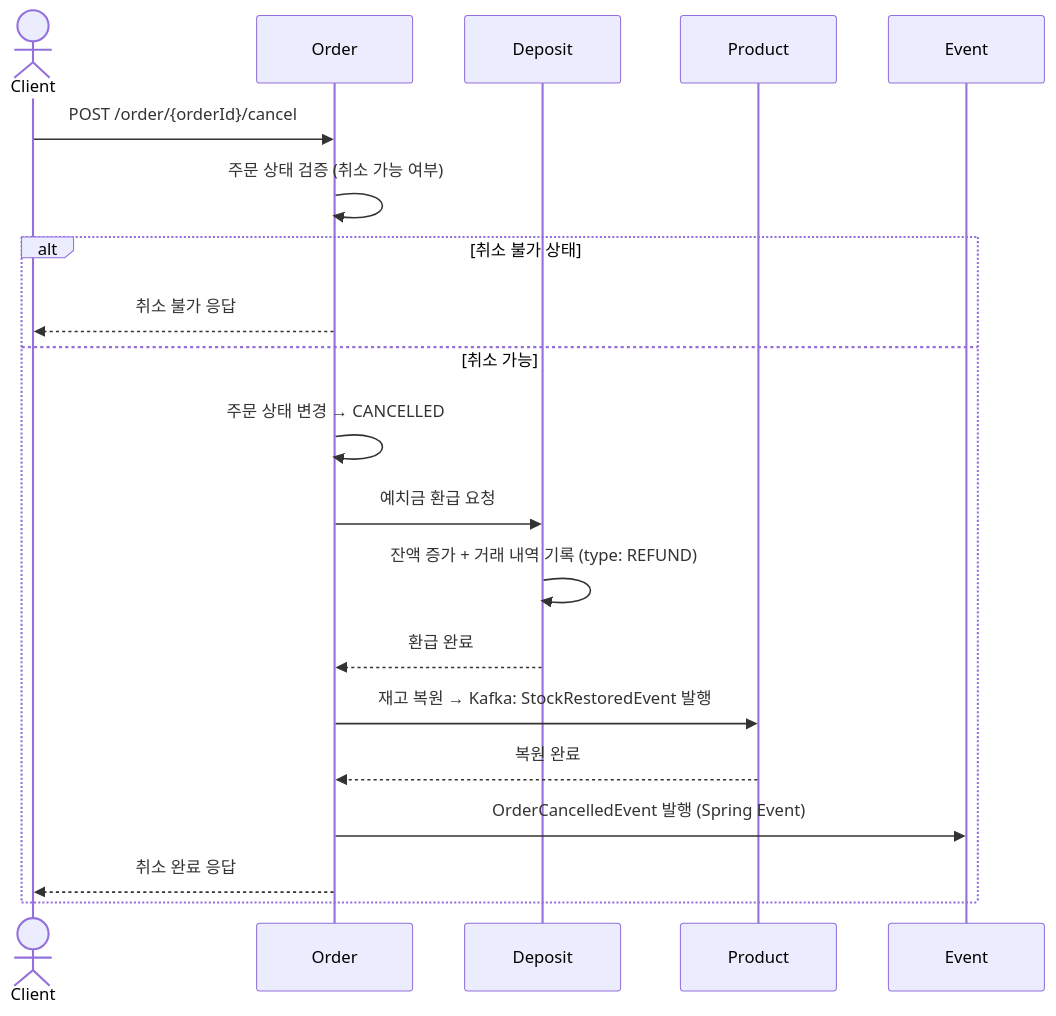
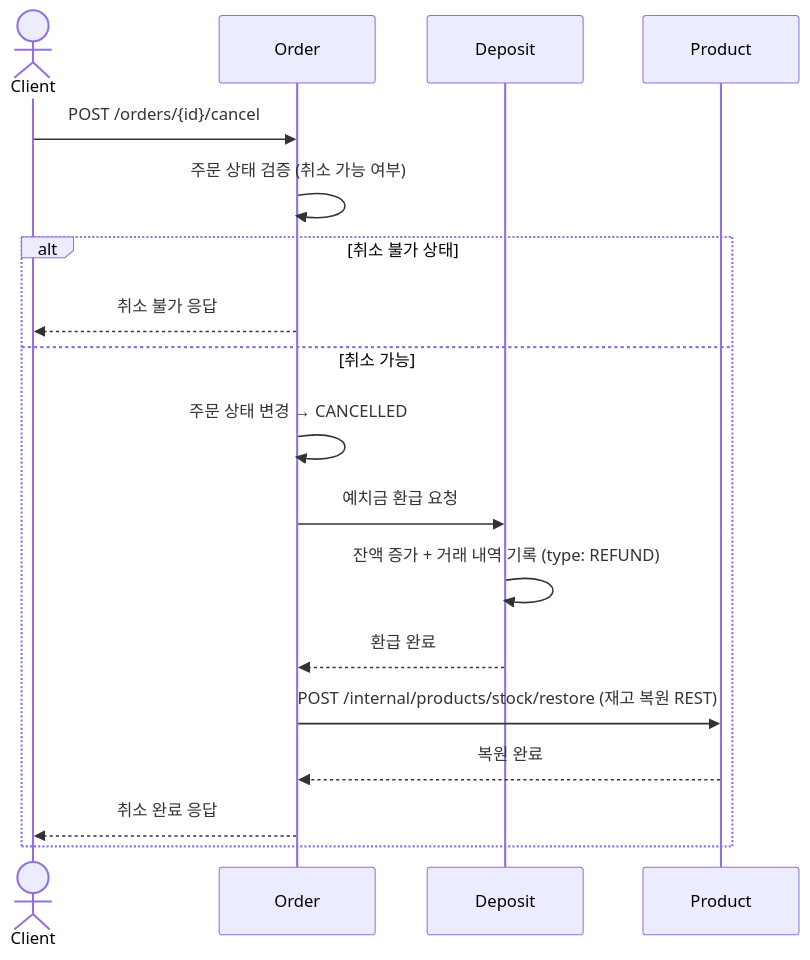
The third of 3 diagrams in docs/OrderPaymentFlow.md (prgrms-be-adv-devcourse/beadv5_5_404_Not_Found_BE), drawn with Mermaid before and after one commit. The commit also changed other lines of this file and 6 other files, not shown here.

First line of the commit message:
docs: 주문-결제 플로우 분리 설계 반영 (#32, #33, #34, #35)

````diff
--- a/docs/OrderPaymentFlow.md
+++ b/docs/OrderPaymentFlow.md
@@ -199,24 +215,22 @@
 ```mermaid
 sequenceDiagram
     actor Client
     participant Order
     participant Deposit
     participant Product
-    participant Event
 
-    Client->>Order: POST /order/{orderId}/cancel
+    Client->>Order: POST /orders/{id}/cancel
     Order->>Order: 주문 상태 검증 (취소 가능 여부)
 
     alt 취소 불가 상태
         Order-->>Client: 취소 불가 응답
     else 취소 가능
         Order->>Order: 주문 상태 변경 → CANCELLED
         Order->>Deposit: 예치금 환급 요청
         Deposit->>Deposit: 잔액 증가 + 거래 내역 기록 (type: REFUND)
         Deposit-->>Order: 환급 완료
-        Order->>Product: 재고 복원 → Kafka: StockRestoredEvent 발행
+        Order->>Product: POST /internal/products/stock/restore (재고 복원 REST)
         Product-->>Order: 복원 완료
-        Order->>Event: OrderCancelledEvent 발행 (Spring Event)
         Order-->>Client: 취소 완료 응답
     end
 ```
````
